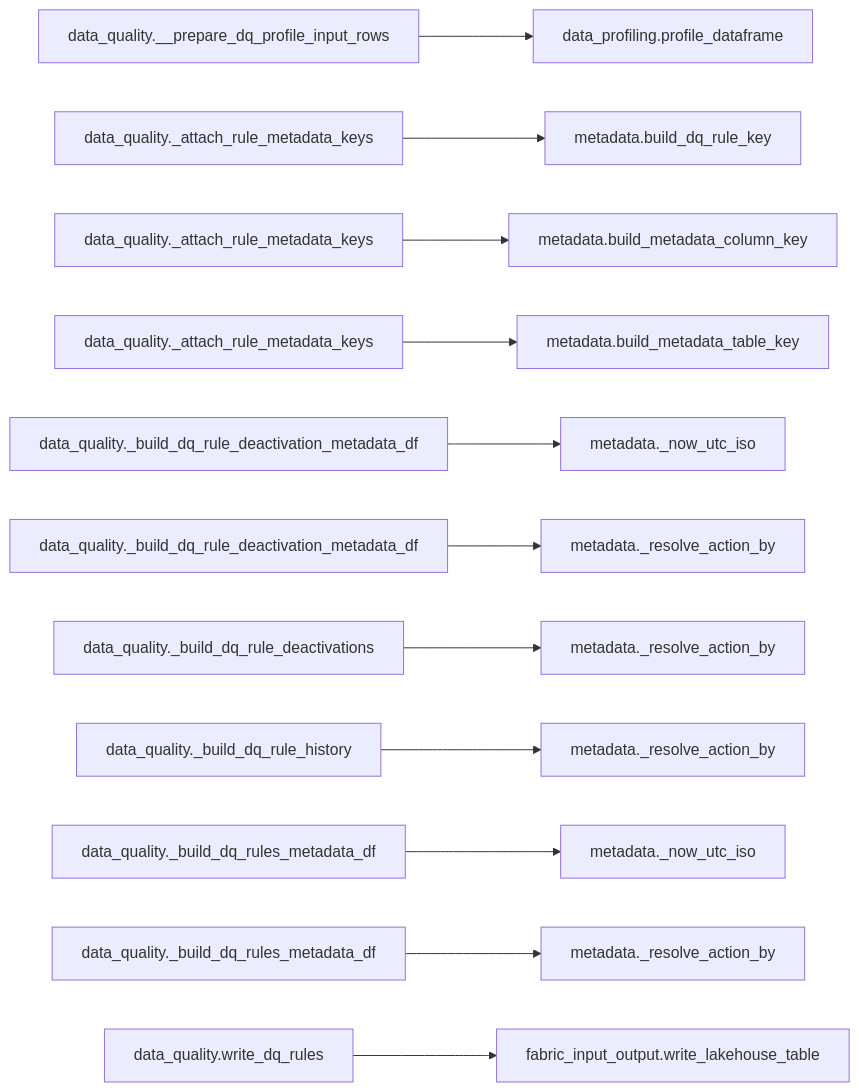
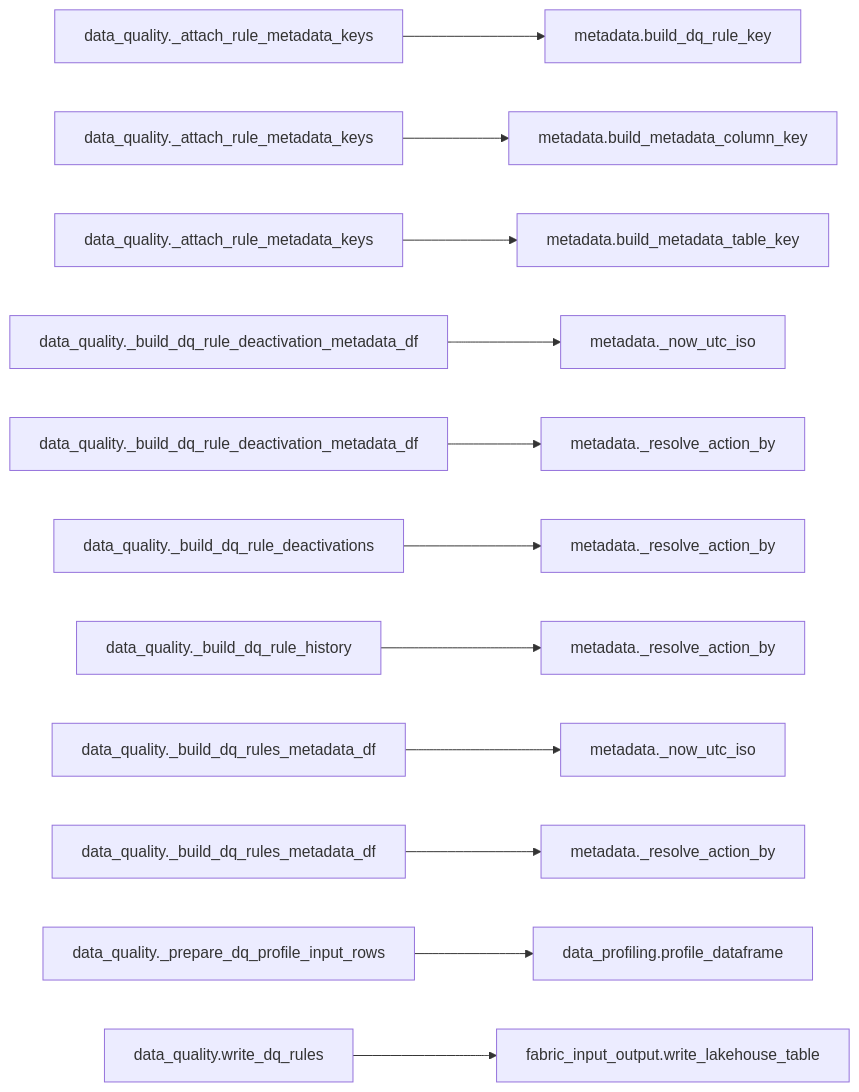
One commit to Voycepeh/FabricOps-Starter-Kit changed the second of 2 diagrams in docs/api/modules/data_quality.md. Above: the diagram before and after it, drawn with Mermaid. The commit also changed other lines of this file and 10 other files, not shown here.

````diff
--- a/docs/api/modules/data_quality.md
+++ b/docs/api/modules/data_quality.md
@@ -242,14 +249,14 @@
 ```mermaid
 flowchart LR
-  c1["data_quality.__prepare_dq_profile_input_rows"] --> d1["data_profiling.profile_dataframe"]
-  c2["data_quality._attach_rule_metadata_keys"] --> d2["metadata.build_dq_rule_key"]
-  c3["data_quality._attach_rule_metadata_keys"] --> d3["metadata.build_metadata_column_key"]
-  c4["data_quality._attach_rule_metadata_keys"] --> d4["metadata.build_metadata_table_key"]
-  c5["data_quality._build_dq_rule_deactivation_metadata_df"] --> d5["metadata._now_utc_iso"]
-  c6["data_quality._build_dq_rule_deactivation_metadata_df"] --> d6["metadata._resolve_action_by"]
-  c7["data_quality._build_dq_rule_deactivations"] --> d7["metadata._resolve_action_by"]
-  c8["data_quality._build_dq_rule_history"] --> d8["metadata._resolve_action_by"]
-  c9["data_quality._build_dq_rules_metadata_df"] --> d9["metadata._now_utc_iso"]
-  c10["data_quality._build_dq_rules_metadata_df"] --> d10["metadata._resolve_action_by"]
+  c1["data_quality._attach_rule_metadata_keys"] --> d1["metadata.build_dq_rule_key"]
+  c2["data_quality._attach_rule_metadata_keys"] --> d2["metadata.build_metadata_column_key"]
+  c3["data_quality._attach_rule_metadata_keys"] --> d3["metadata.build_metadata_table_key"]
+  c4["data_quality._build_dq_rule_deactivation_metadata_df"] --> d4["metadata._now_utc_iso"]
+  c5["data_quality._build_dq_rule_deactivation_metadata_df"] --> d5["metadata._resolve_action_by"]
+  c6["data_quality._build_dq_rule_deactivations"] --> d6["metadata._resolve_action_by"]
+  c7["data_quality._build_dq_rule_history"] --> d7["metadata._resolve_action_by"]
+  c8["data_quality._build_dq_rules_metadata_df"] --> d8["metadata._now_utc_iso"]
+  c9["data_quality._build_dq_rules_metadata_df"] --> d9["metadata._resolve_action_by"]
+  c10["data_quality._prepare_dq_profile_input_rows"] --> d10["data_profiling.profile_dataframe"]
   c11["data_quality.write_dq_rules"] --> d11["fabric_input_output.write_lakehouse_table"]
 ```
````
